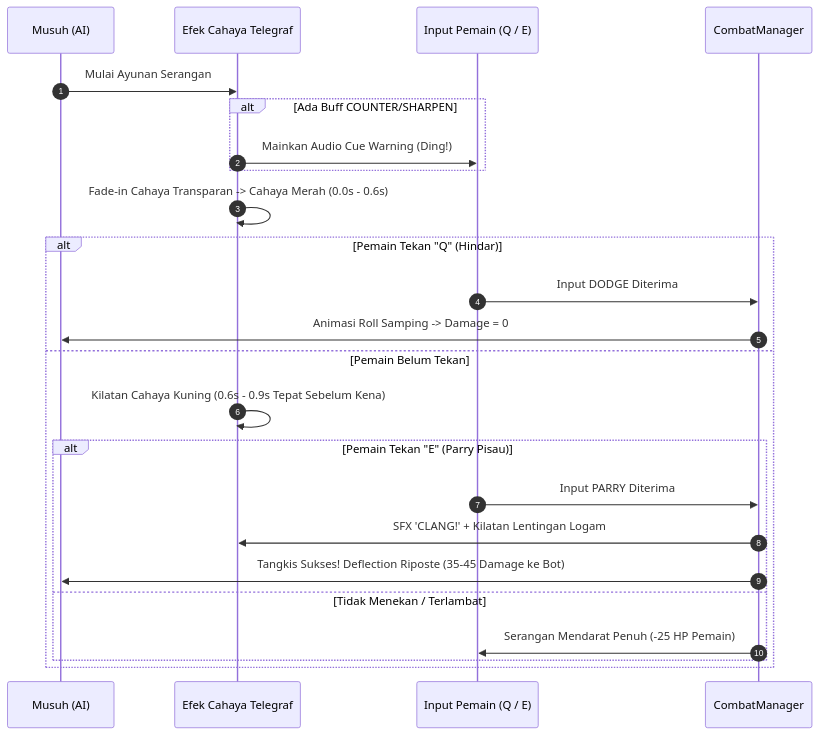
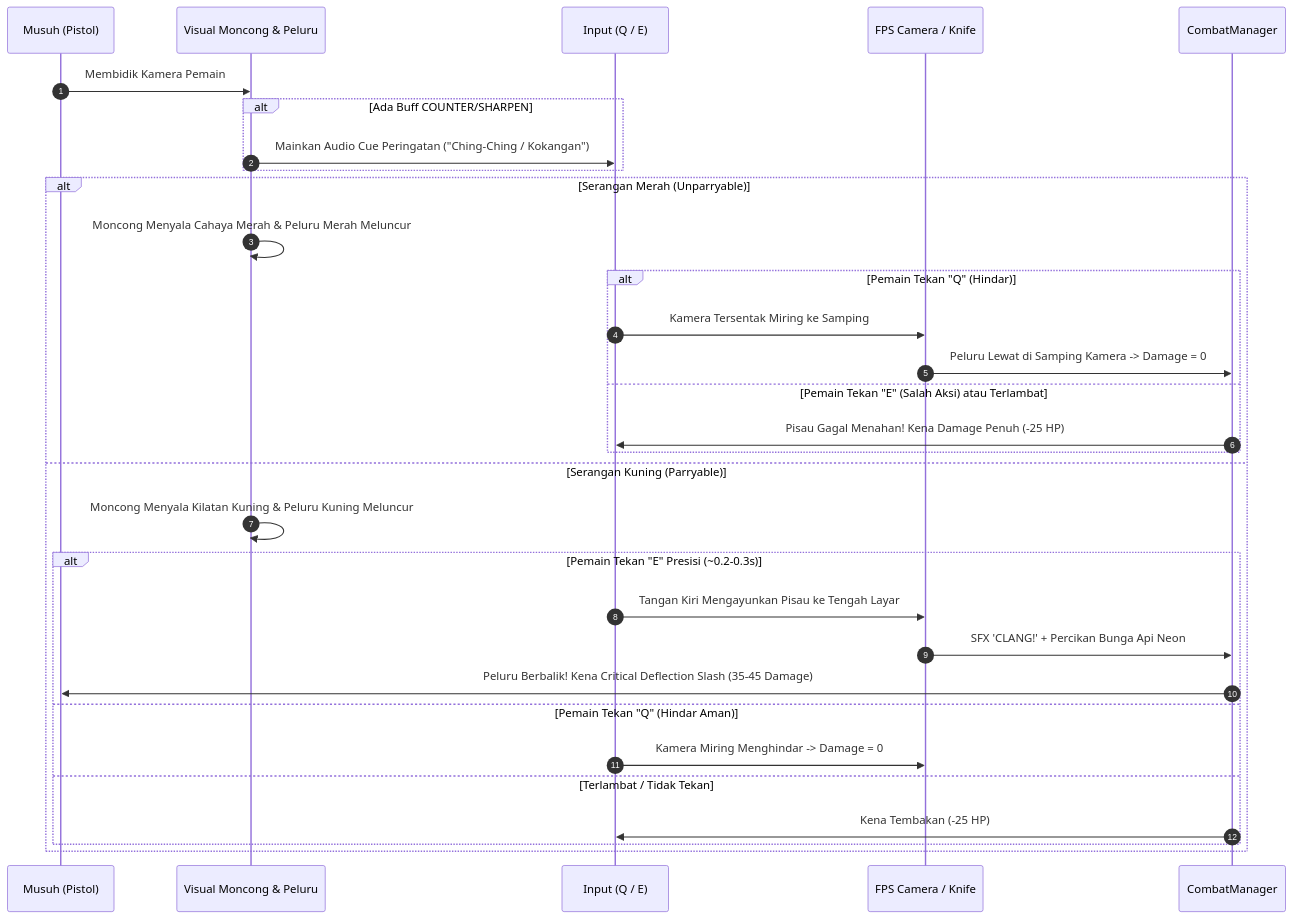
One commit to HafizAFauzi/PrototypeZ changed the diagram in docs/TSD.md. Above: the diagram before and after it, drawn with Mermaid. The commit also changed other lines of this file and 2 other files, not shown here.

````diff
--- a/docs/TSD.md
+++ b/docs/TSD.md
@@ -134,27 +121,35 @@
   ```mermaid
   sequenceDiagram
       autonumber
-      participant Bot as Musuh (AI)
-      participant UI as Efek Cahaya Telegraf
-      participant Player as Input Pemain (Q / E)
+      participant Bot as Musuh (Pistol)
+      participant UI as Visual Moncong & Peluru
+      participant Player as Input (Q / E)
+      participant Cam as FPS Camera / Knife
       participant Combat as CombatManager
 
-      Bot->>UI: Mulai Ayunan Serangan
+      Bot->>UI: Membidik Kamera Pemain
       alt Ada Buff COUNTER/SHARPEN
-          UI->>Player: Mainkan Audio Cue Warning (Ding!)
+          UI->>Player: Mainkan Audio Cue Peringatan ("Ching-Ching / Kokangan")
       end
-      UI->>UI: Fade-in Cahaya Transparan -> Cahaya Merah (0.0s - 0.6s)
-      alt Pemain Tekan "Q" (Hindar)
-          Player->>Combat: Input DODGE Diterima
-          Combat->>Bot: Animasi Roll Samping -> Damage = 0
-      else Pemain Belum Tekan
-          UI->>UI: Kilatan Cahaya Kuning (0.6s - 0.9s Tepat Sebelum Kena)
-          alt Pemain Tekan "E" (Parry Pisau)
-              Player->>Combat: Input PARRY Diterima
-              Combat->>UI: SFX 'CLANG!' + Kilatan Lentingan Logam
-              Combat->>Bot: Tangkis Sukses! Deflection Riposte (35-45 Damage ke Bot)
-          else Tidak Menekan / Terlambat
-              Combat->>Player: Serangan Mendarat Penuh (-25 HP Pemain)
+
+      alt Serangan Merah (Unparryable)
+          UI->>UI: Moncong Menyala Cahaya Merah & Peluru Merah Meluncur
+          alt Pemain Tekan "Q" (Hindar)
+              Player->>Cam: Kamera Tersentak Miring ke Samping
+              Cam->>Combat: Peluru Lewat di Samping Kamera -> Damage = 0
+          else Pemain Tekan "E" (Salah Aksi) atau Terlambat
+              Combat->>Player: Pisau Gagal Menahan! Kena Damage Penuh (-25 HP)
+          end
+      else Serangan Kuning (Parryable)
+          UI->>UI: Moncong Menyala Kilatan Kuning & Peluru Kuning Meluncur
+          alt Pemain Tekan "E" Presisi (~0.2-0.3s)
+              Player->>Cam: Tangan Kiri Mengayunkan Pisau ke Tengah Layar
+              Cam->>Combat: SFX 'CLANG!' + Percikan Bunga Api Neon
+              Combat->>Bot: Peluru Berbalik! Kena Critical Deflection Slash (35-45 Damage)
+          else Pemain Tekan "Q" (Hindar Aman)
+              Player->>Cam: Kamera Miring Menghindar -> Damage = 0
+          else Terlambat / Tidak Tekan
+              Combat->>Player: Kena Tembakan (-25 HP)
           end
       end
   ```
````
